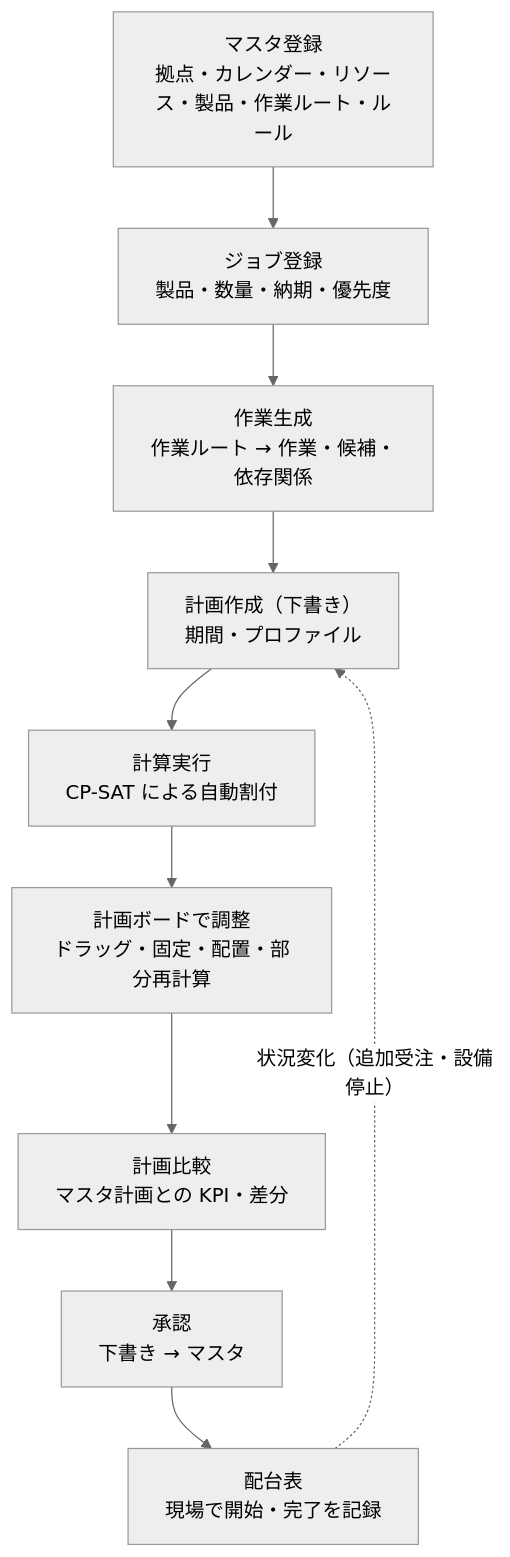
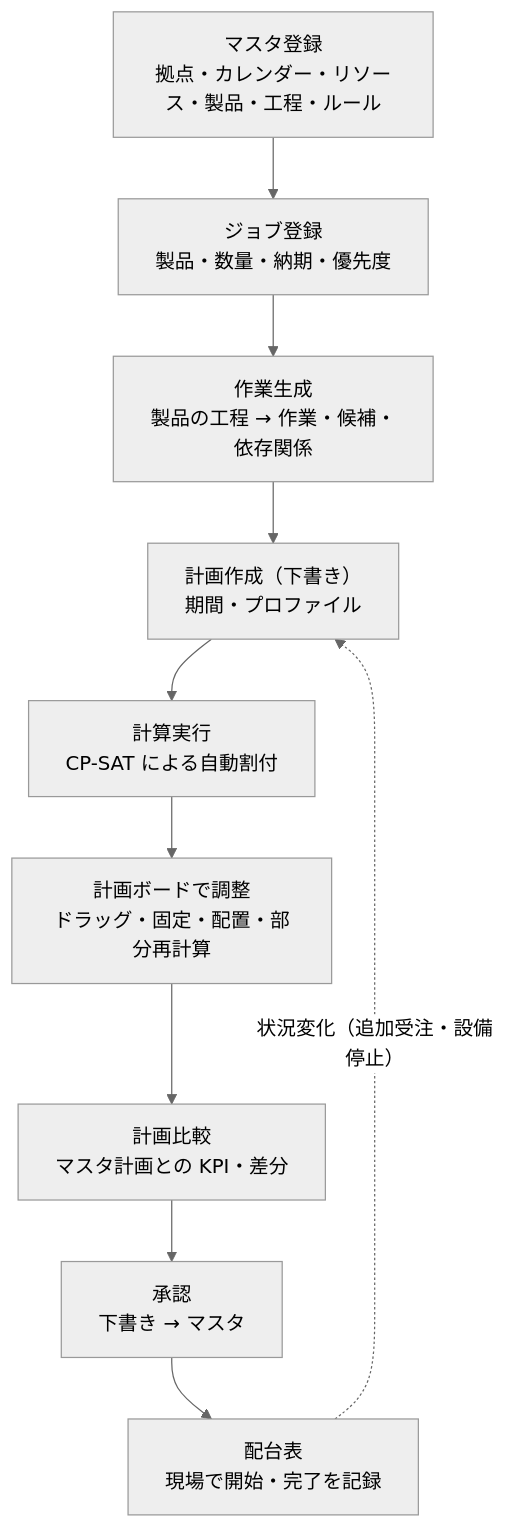
Before and after one commit to tds-dev/TONOPS-SCH-backend: the second of 4 diagrams in docs/SYSTEM_OVERVIEW.md, drawn with Mermaid (neutral theme). The commit also changed other lines of this file and 23 other files, not shown here.

````diff
--- a/docs/SYSTEM_OVERVIEW.md
+++ b/docs/SYSTEM_OVERVIEW.md
@@ -113,12 +115,12 @@
 ```mermaid
 flowchart TD
-  A["マスタ登録<br/>拠点・カレンダー・リソース・製品・作業ルート・ルール"] --> B["ジョブ登録<br/>製品・数量・納期・優先度"]
-  B --> C["作業生成<br/>作業ルート → 作業・候補・依存関係"]
+  A["マスタ登録<br/>拠点・カレンダー・リソース・製品・工程・ルール"] --> B["ジョブ登録<br/>製品・数量・納期・優先度"]
+  B --> C["作業生成<br/>製品の工程 → 作業・候補・依存関係"]
   C --> D["計画作成（下書き）<br/>期間・プロファイル"]
   D --> E["計算実行<br/>CP-SAT による自動割付"]
   E --> F["計画ボードで調整<br/>ドラッグ・固定・配置・部分再計算"]
   F --> G["計画比較<br/>マスタ計画との KPI・差分"]
   G --> H["承認<br/>下書き → マスタ"]
   H --> I["配台表<br/>現場で開始・完了を記録"]
   I -.->|"状況変化（追加受注・設備停止）"| D
 ```
````
